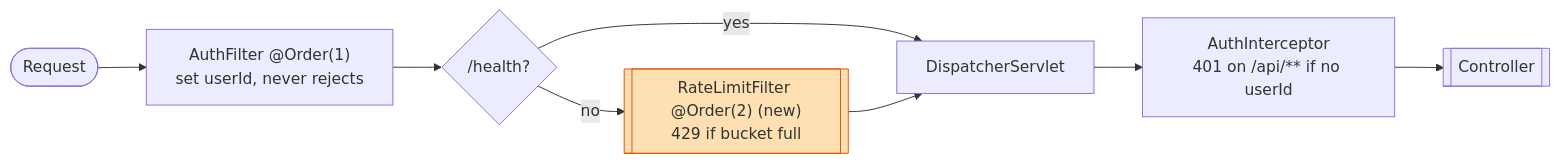
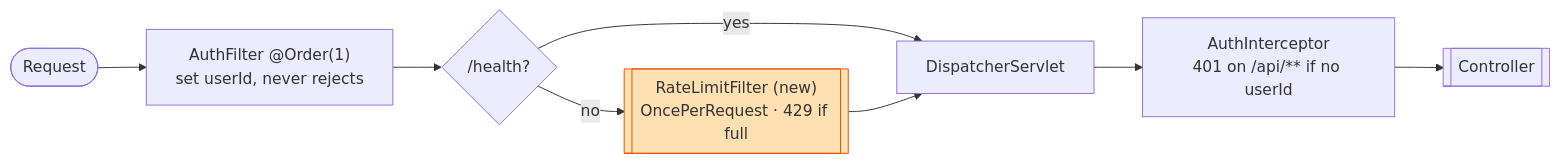
One commit to kam-weave/leaky-bucket changed the diagram in docs/architecture-java.md. Above: the diagram before and after it, drawn with Mermaid. The commit also changed other lines of this file and 4 other files, not shown here.

````diff
--- a/docs/architecture-java.md
+++ b/docs/architecture-java.md
@@ -21,12 +21,12 @@
 ```mermaid
 %%{init: {'theme':'default'}}%%
 flowchart LR
     req([Request]) --> af["AuthFilter @Order(1)<br/>set userId, never rejects"]
     af --> health{"/health?"}
     health -- yes --> ds[DispatcherServlet]
-    health -- no --> rl[["RateLimitFilter @Order(2) (new)<br/>429 if bucket full"]]
+    health -- no --> rl[["RateLimitFilter (new)<br/>OncePerRequest · 429 if full"]]
     rl --> ds
     ds --> ai["AuthInterceptor<br/>401 on /api/** if no userId"]
     ai --> ctl[[Controller]]
     style rl fill:#ffe0b2,stroke:#e65100
 ```
````
